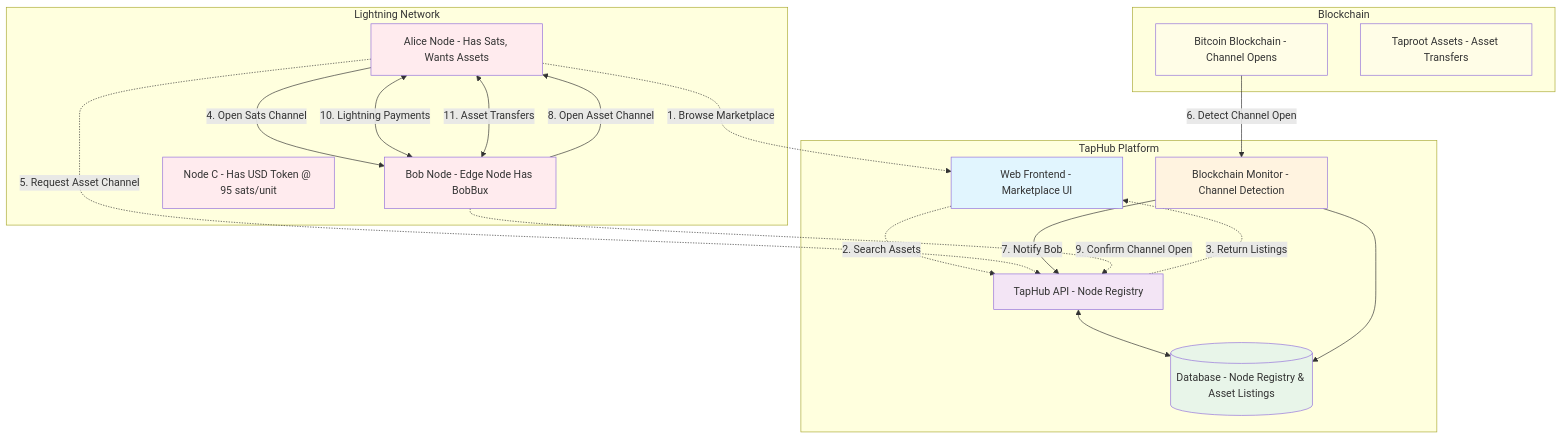
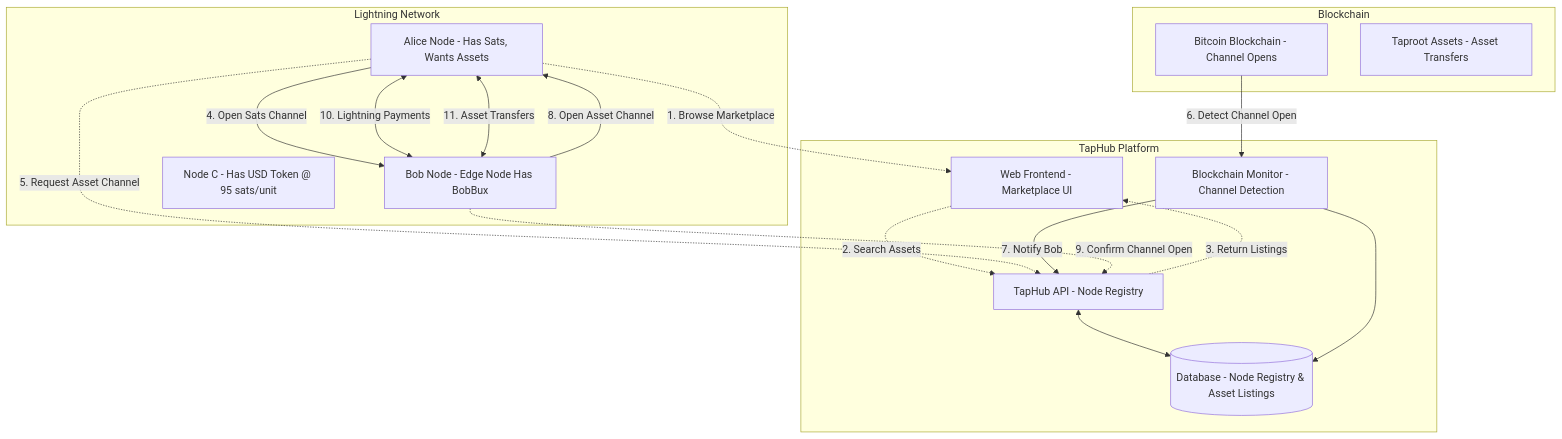
The first of 4 diagrams in docs/taphub-architecture.md (bitcoin-coder-bob/TapHub), drawn with Mermaid before and after one commit.

````diff
--- a/docs/taphub-architecture.md
+++ b/docs/taphub-architecture.md
@@ -9,55 +9,39 @@
 ```mermaid
 graph TB
     subgraph "TapHub Platform"
         WEB[Web Frontend - Marketplace UI]
         API[TapHub API - Node Registry]
         MONITOR[Blockchain Monitor - Channel Detection]
         DB[(Database - Node Registry & Asset Listings)]
     end
 
     subgraph "Lightning Network"
         ALICE[Alice Node - Has Sats, Wants Assets]
         BOB[Bob Node - Edge Node Has BobBux]
         NODE_C[Node C - Has USD Token @ 95 sats/unit]
     end
 
     subgraph "Blockchain"
         BTC[Bitcoin Blockchain - Channel Opens]
         TAP[Taproot Assets - Asset Transfers]
     end
 
-    %% User interactions
     ALICE -.->|1. Browse Marketplace| WEB
     WEB -.->|2. Search Assets| API
     API -.->|3. Return Listings| WEB
     
-    %% Channel opening flow
     ALICE -->|4. Open Sats Channel| BOB
     ALICE -.->|5. Request Asset Channel| API
     
-    %% Monitoring
     BTC -->|6. Detect Channel Open| MONITOR
     MONITOR -->|7. Notify Bob| API
     
-    %% Asset channel
     BOB -->|8. Open Asset Channel| ALICE
     BOB -.->|9. Confirm Channel Open| API
     
-    %% Trading
     ALICE <-->|10. Lightning Payments| BOB
     ALICE <-->|11. Asset Transfers| BOB
     
-    %% Database connections
     API <--> DB
     MONITOR --> DB
-    
-    style WEB fill:#e1f5fe
-    style API fill:#f3e5f5
-    style MONITOR fill:#fff3e0
-    style DB fill:#e8f5e9
-    style ALICE fill:#ffebee
-    style BOB fill:#ffebee
-    style NODE_C fill:#ffebee
-    style BTC fill:#fffde7
-    style TAP fill:#fffde7
 ```
````
